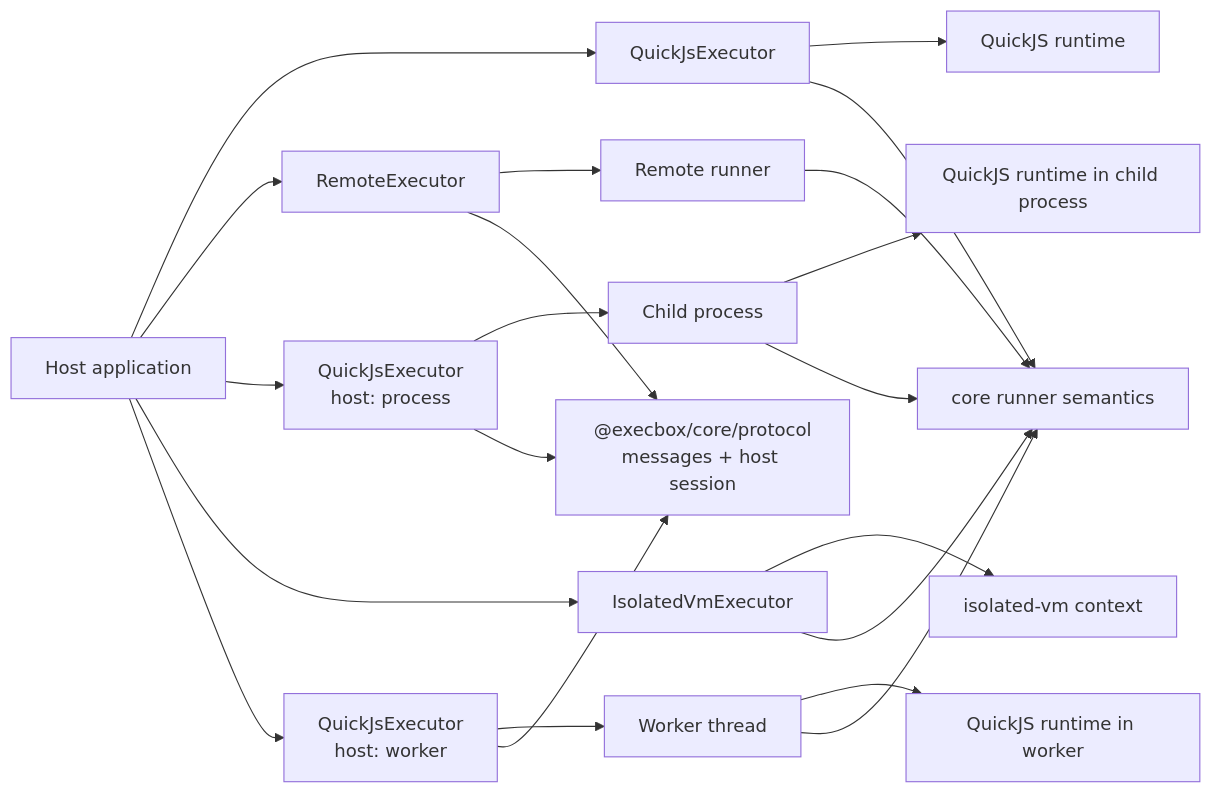
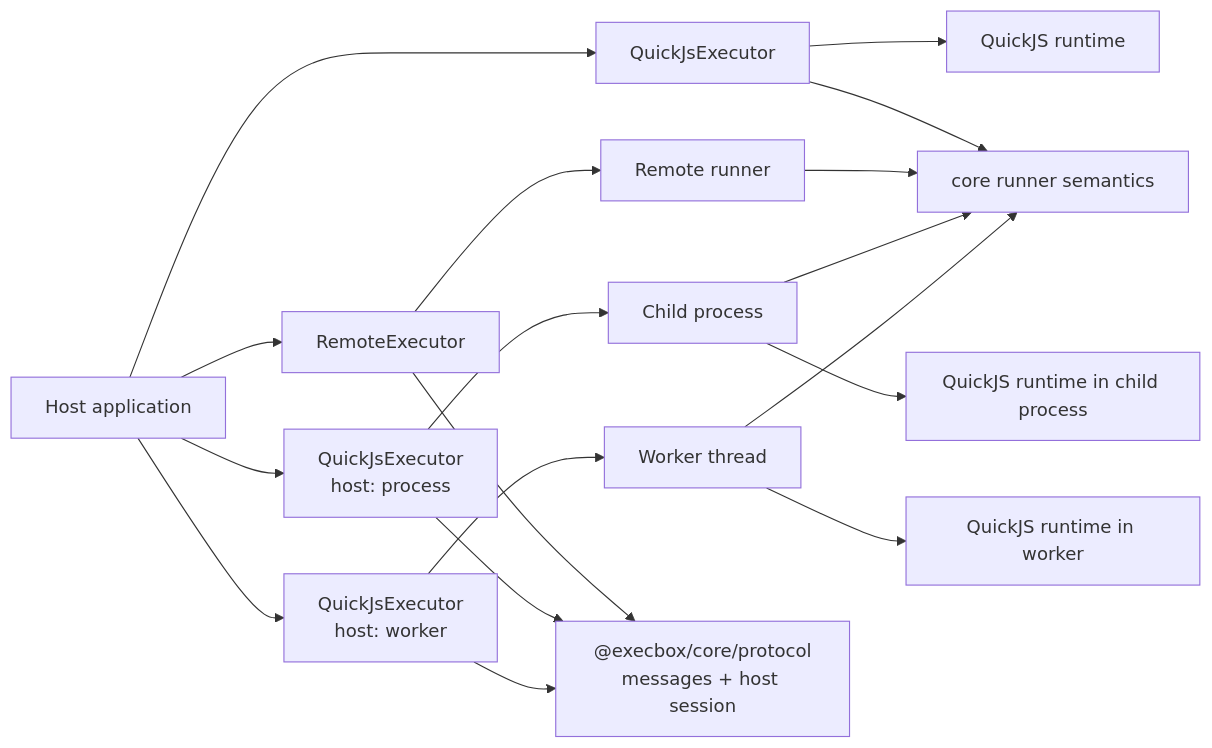
The first of 3 diagrams in docs/architecture/execbox-executors.md (aallam/execbox), drawn with Mermaid before and after one commit. The commit also changed other lines of this file and 39 other files, not shown here.

````diff
--- a/docs/architecture/execbox-executors.md
+++ b/docs/architecture/execbox-executors.md
@@ -15,32 +14,28 @@
 ```mermaid
 flowchart LR
     HOST["Host application"]
     QJS["QuickJsExecutor"]
     QJSRT["QuickJS runtime"]
     REM["RemoteExecutor"]
     REMRT["Remote runner"]
     WQJS["QuickJsExecutor\nhost: worker"]
     PQJS["QuickJsExecutor\nhost: process"]
     PROCCHILD["Child process"]
-    IVM["IsolatedVmExecutor"]
-    IVMRT["isolated-vm context"]
     THREAD["Worker thread"]
     RUNNER["core runner semantics"]
     PROTO["@execbox/core/protocol<br/>messages + host session"]
     WQJSRT["QuickJS runtime in worker"]
     PQJSRT["QuickJS runtime in child process"]
 
     HOST --> QJS --> QJSRT
     HOST --> REM --> REMRT
     HOST --> PQJS --> PROCCHILD --> PQJSRT
-    HOST --> IVM --> IVMRT
     HOST --> WQJS --> THREAD --> WQJSRT
     QJS --> RUNNER
     REM --> PROTO
     REMRT --> RUNNER
-    IVM --> RUNNER
     PQJS --> PROTO
     WQJS --> PROTO
     PROCCHILD --> RUNNER
     THREAD --> RUNNER
 ```
````
